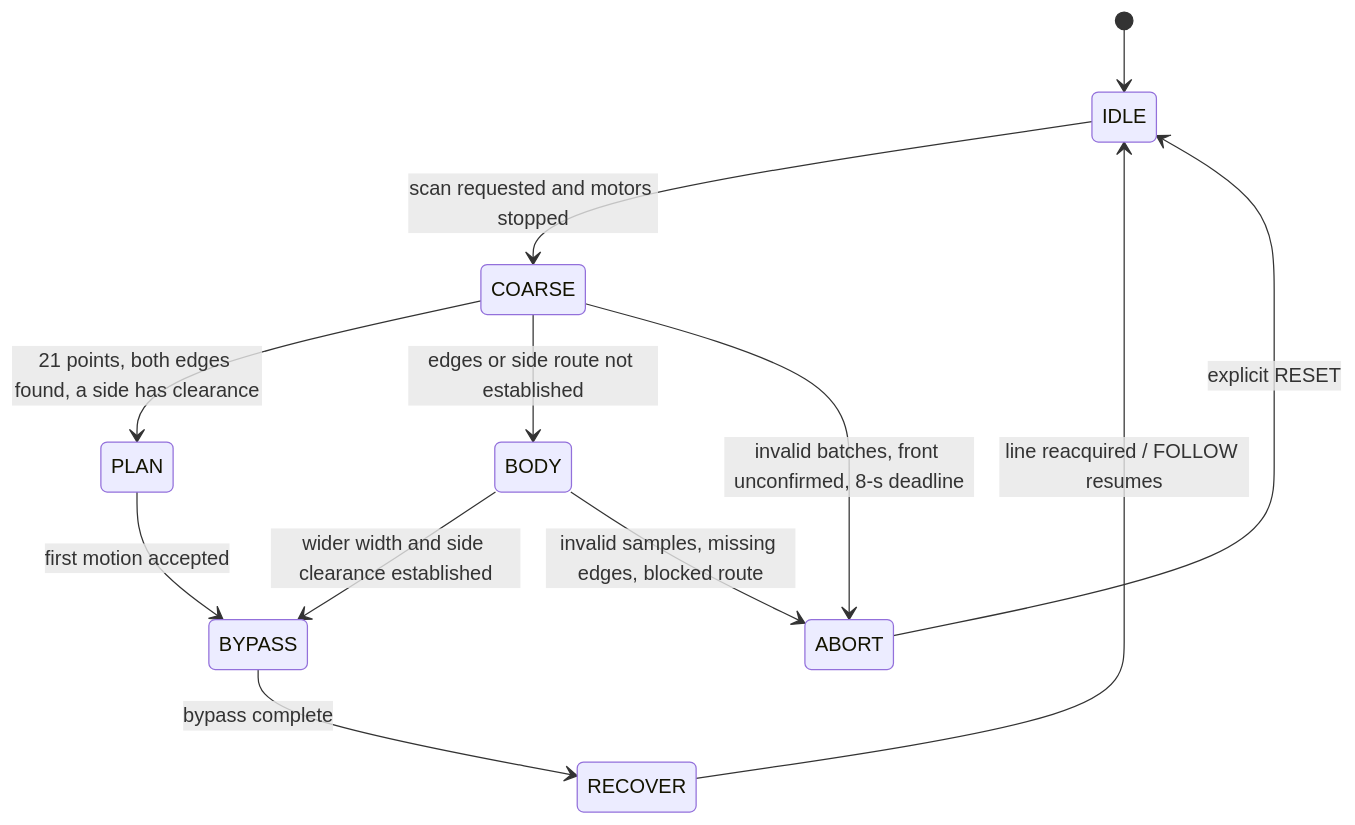
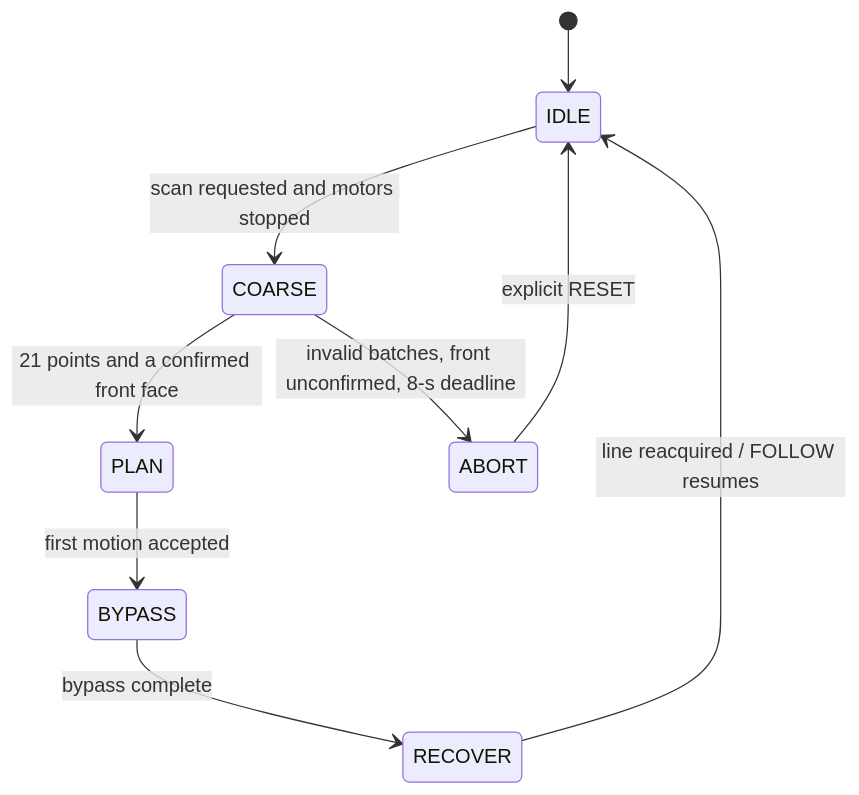
One commit to YardiCous/Motor-Wheel changed the third of 7 diagrams in docs/design_review.md. Above: the diagram before and after it, drawn with Mermaid. The commit also changed other lines of this file and 28 other files, not shown here.

````diff
--- a/docs/design_review.md
+++ b/docs/design_review.md
@@ -191,14 +191,11 @@
 ```mermaid
 stateDiagram-v2
     [*] --> IDLE
     IDLE --> COARSE: scan requested and motors stopped
-    COARSE --> PLAN: 21 points, both edges found, a side has clearance
-    COARSE --> BODY: edges or side route not established
+    COARSE --> PLAN: 21 points and a confirmed front face
     COARSE --> ABORT: invalid batches, front unconfirmed, 8-s deadline
-    BODY --> BYPASS: wider width and side clearance established
-    BODY --> ABORT: invalid samples, missing edges, blocked route
     PLAN --> BYPASS: first motion accepted
     BYPASS --> RECOVER: bypass complete
     RECOVER --> IDLE: line reacquired / FOLLOW resumes
     ABORT --> IDLE: explicit RESET
 ```
````
